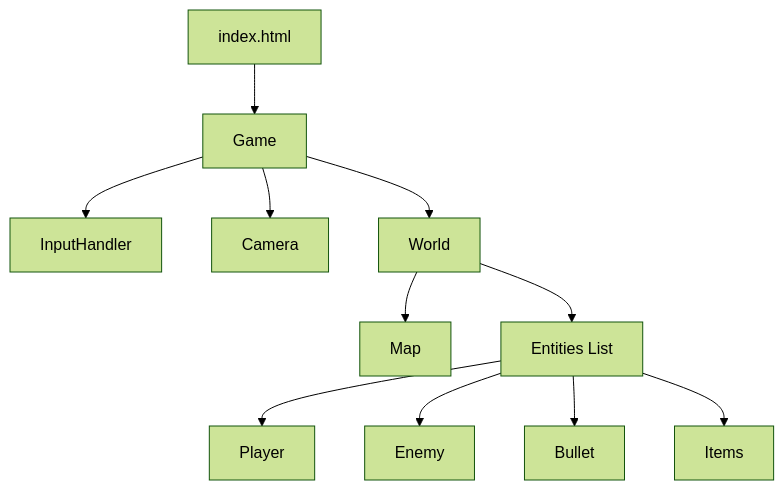
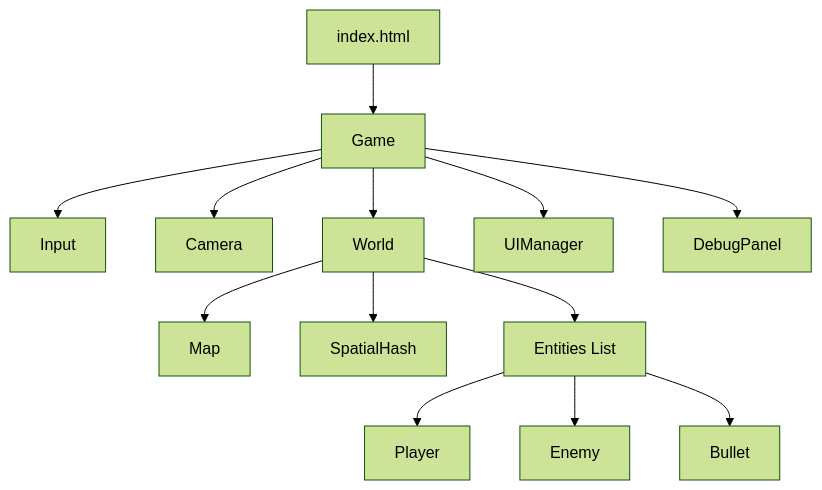
Before and after one commit to GFFN21/javascript_shooter_game_v1: the diagram in DOCUMENTATION.md, drawn with Mermaid (forest theme). The commit also changed other lines of this file and 15 other files, not shown here.

Commit message:
feat: Implement SpatialHash for optimized collision detection and a DebugPanel for performance monitoring. And a lot of other things

````diff
--- a/DOCUMENTATION.md
+++ b/DOCUMENTATION.md
@@ -16,13 +56,15 @@
 ```mermaid
 graph TD
     index[index.html] --> Game
-    Game --> Input[InputHandler]
+    Game --> Input
     Game --> Camera
     Game --> World
+    Game --> UI[UIManager]
+    Game --> Debug[DebugPanel]
     World --> Map
+    World --> SpatialHash
     World --> Entities[Entities List]
     Entities --> Player
     Entities --> Enemy
     Entities --> Bullet
-    Entities --> Items
 ```
````
